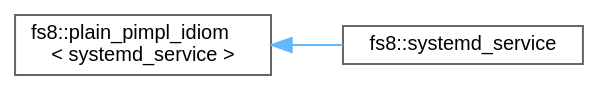
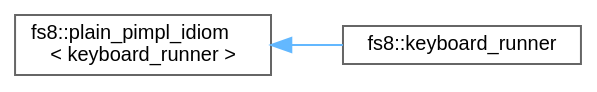
One commit to the-moisrex/foresight changed the diagram in api/inherit_graph_75.dot. Above: the diagram before and after it, drawn with Graphviz. The commit also changed 131 other files, not shown here.

```diff
--- a/api/inherit_graph_75.dot
+++ b/api/inherit_graph_75.dot
@@ -1,11 +1,11 @@
 digraph "Graphical Class Hierarchy"
 {
  // LATEX_PDF_SIZE
   bgcolor="transparent";
   edge [fontname=Helvetica,fontsize=10,labelfontname=Helvetica,labelfontsize=10];
   node [fontname=Helvetica,fontsize=10,shape=box,height=0.2,width=0.4];
   rankdir="LR";
-  Node0 [id="Node000000",label="fs8::plain_pimpl_idiom\l\< systemd_service \>",height=0.2,width=0.4,color="grey40", fillcolor="white", style="filled",URL="$structfs8_1_1plain__pimpl__idiom.html",tooltip=" "];
-  Node0 -> Node1 [id="edge82_Node000000_Node000001",dir="back",color="steelblue1",style="solid",tooltip=" "];
-  Node1 [id="Node000001",label="fs8::systemd_service",height=0.2,width=0.4,color="grey40", fillcolor="white", style="filled",URL="$structfs8_1_1systemd__service.html",tooltip=" "];
+  Node0 [id="Node000000",label="fs8::plain_pimpl_idiom\l\< keyboard_runner \>",height=0.2,width=0.4,color="grey40", fillcolor="white", style="filled",URL="$structfs8_1_1plain__pimpl__idiom.html",tooltip=" "];
+  Node0 -> Node1 [id="edge81_Node000000_Node000001",dir="back",color="steelblue1",style="solid",tooltip=" "];
+  Node1 [id="Node000001",label="fs8::keyboard_runner",height=0.2,width=0.4,color="grey40", fillcolor="white", style="filled",URL="$structfs8_1_1keyboard__runner.html",tooltip=" "];
 }
```
